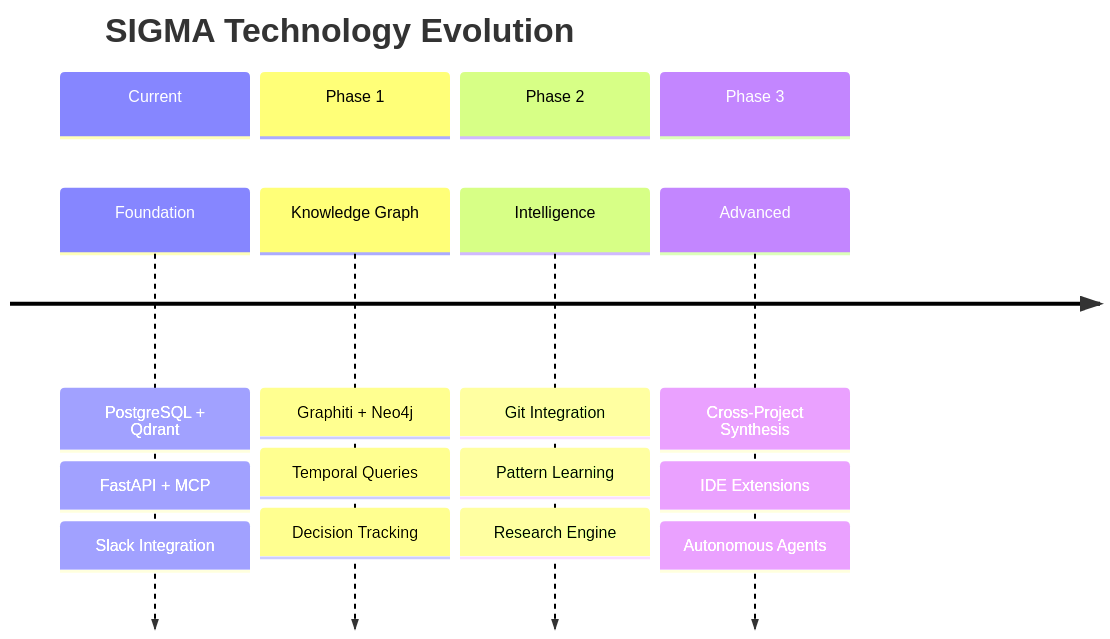
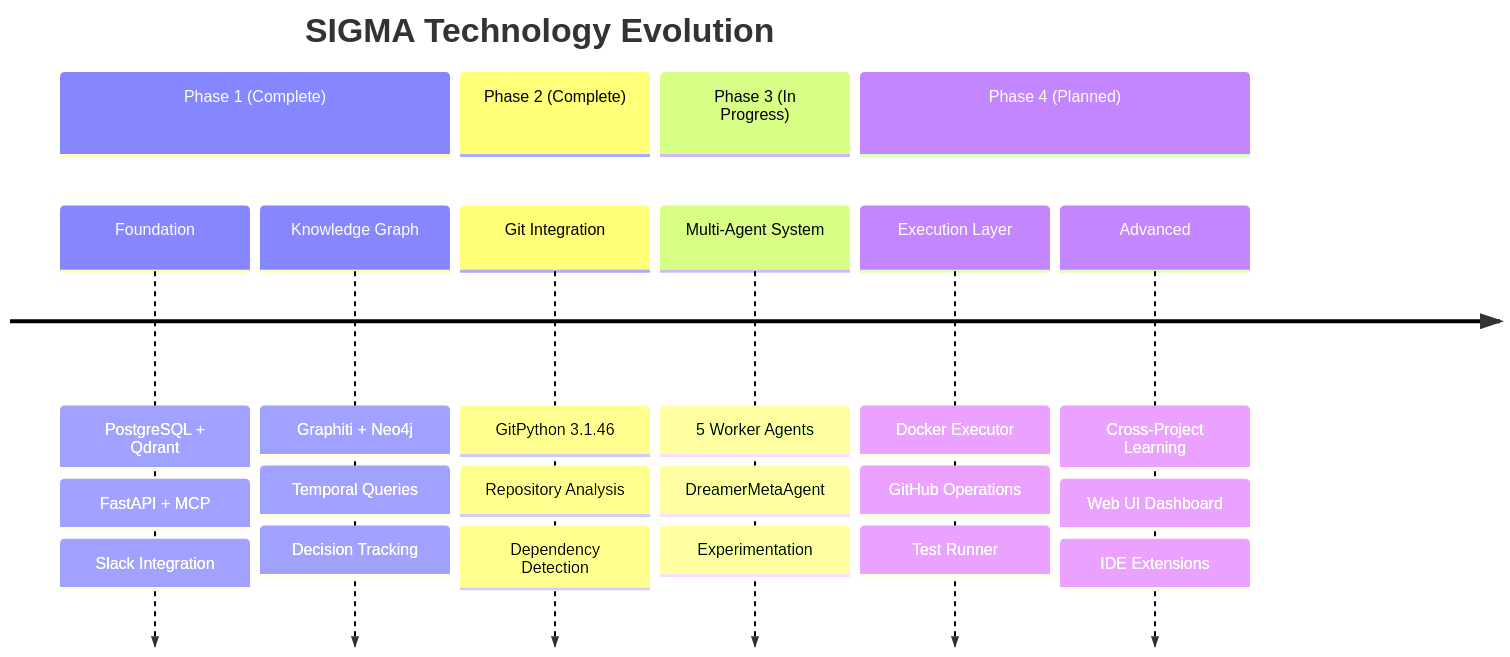
One commit to zad0xlik/sigma-evolve changed the seventh of 7 diagrams in memory-bank/techContext.md. Above: the diagram before and after it, drawn with Mermaid. The commit also changed other lines of this file and 41 other files, not shown here.

````diff
--- a/memory-bank/techContext.md
+++ b/memory-bank/techContext.md
@@ -535,24 +796,30 @@
 ```mermaid
 timeline
     title SIGMA Technology Evolution
     
-    section Current
+    section Phase 1 (Complete)
         Foundation : PostgreSQL + Qdrant
                    : FastAPI + MCP
                    : Slack Integration
-    
-    section Phase 1
         Knowledge Graph : Graphiti + Neo4j
                        : Temporal Queries
                        : Decision Tracking
     
-    section Phase 2
-        Intelligence : Git Integration
-                    : Pattern Learning
-                    : Research Engine
+    section Phase 2 (Complete)
+        Git Integration : GitPython 3.1.46
+                       : Repository Analysis
+                       : Dependency Detection
     
-    section Phase 3
-        Advanced : Cross-Project Synthesis
+    section Phase 3 (In Progress)
+        Multi-Agent System : 5 Worker Agents
+                          : DreamerMetaAgent
+                          : Experimentation
+        
+    section Phase 4 (Planned)
+        Execution Layer : Docker Executor
+                       : GitHub Operations
+                       : Test Runner
+        Advanced : Cross-Project Learning
+                : Web UI Dashboard
                 : IDE Extensions
-                : Autonomous Agents
 ```
````
